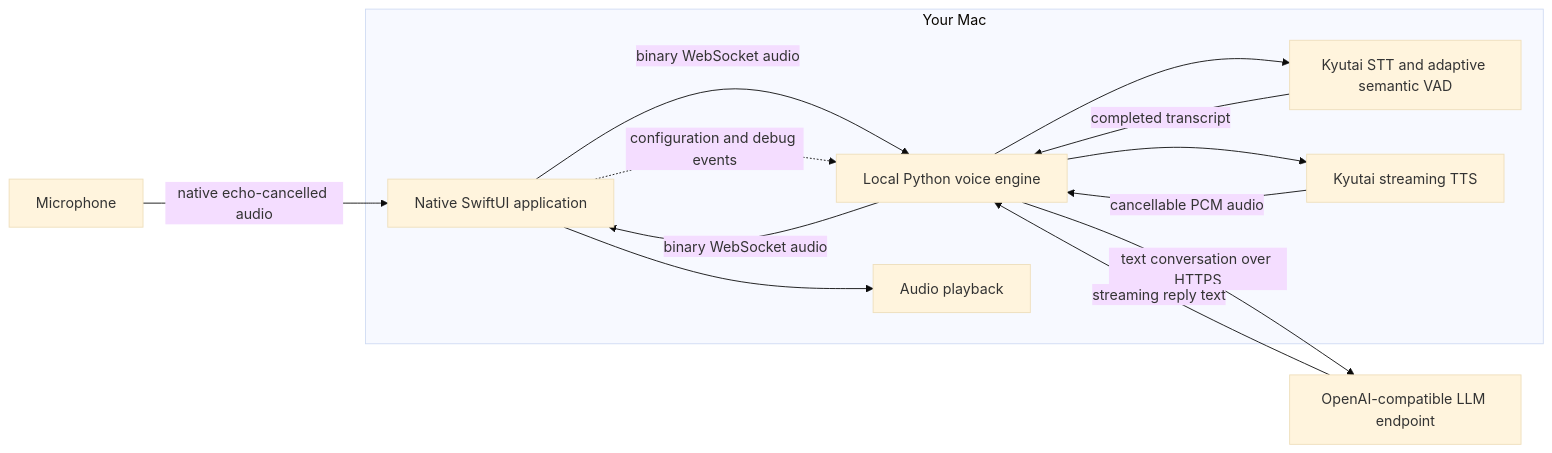
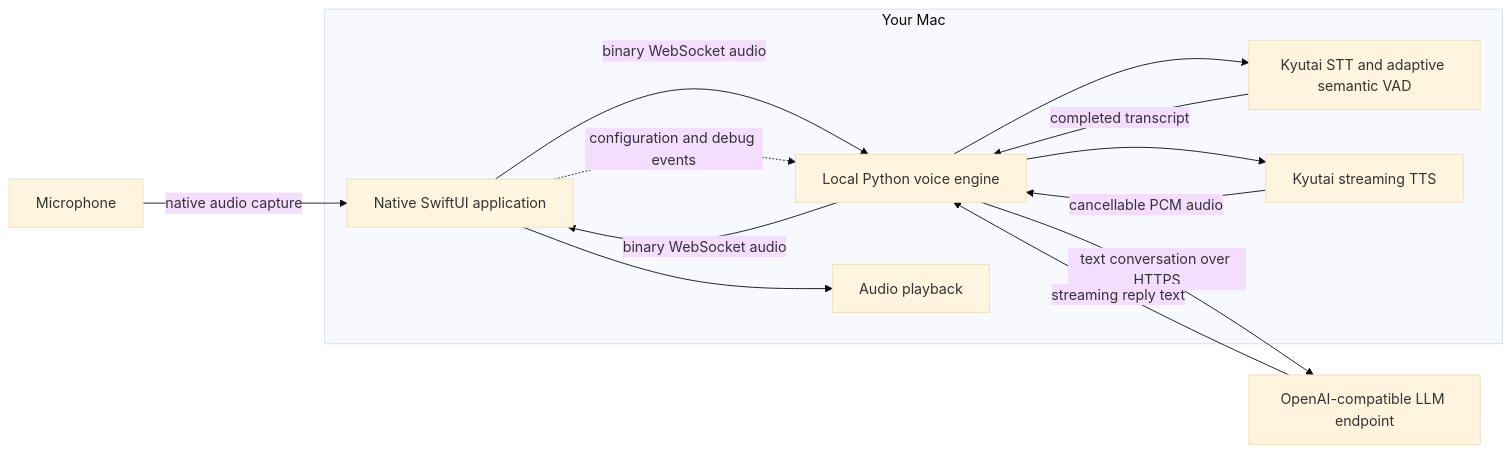
One commit to sujalmandal/chirpy changed the diagram in README.md. Above: the diagram before and after it, drawn with Mermaid (base theme). The commit also changed other lines of this file and 1 other file, not shown here.

Commit message:
Restore reliable microphone capture

````diff
--- a/README.md
+++ b/README.md
@@ -19,24 +19,24 @@
 ```mermaid
 flowchart LR
-    microphone[Microphone] -->|native echo-cancelled audio| app
+    microphone[Microphone] -->|native audio capture| app
 
     subgraph mac[Your Mac]
         app[Native SwiftUI application]
         engine[Local Python voice engine]
         stt[Kyutai STT and adaptive semantic VAD]
         tts[Kyutai streaming TTS]
         output[Audio playback]
 
         app -->|binary WebSocket audio| engine
         engine --> stt
         stt -->|completed transcript| engine
         engine --> tts
         tts -->|cancellable PCM audio| engine
         engine -->|binary WebSocket audio| app
         app --> output
     end
 
     engine -->|text conversation over HTTPS| llm[OpenAI-compatible LLM endpoint]
     llm -->|streaming reply text| engine
     app -.->|configuration and debug events| engine
 ```
````
